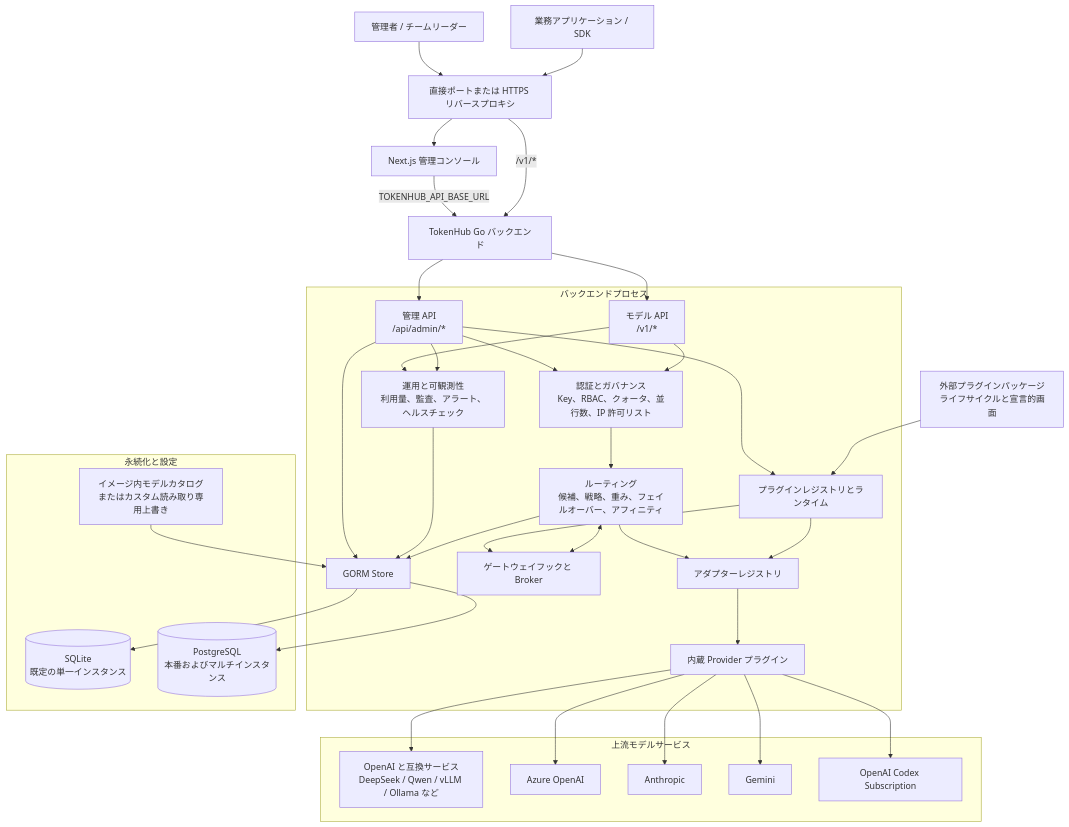
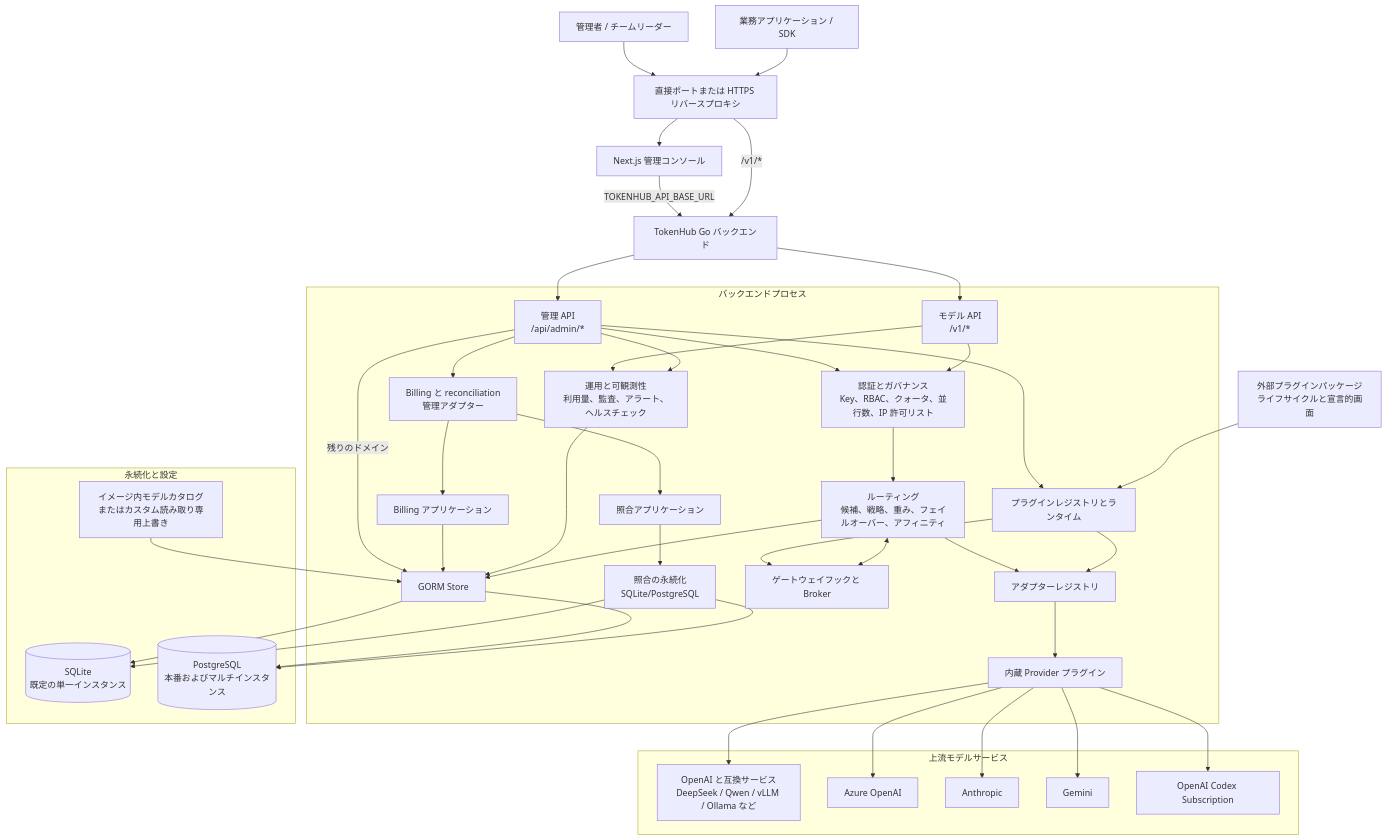
The first of 3 diagrams in docs/ja/architecture.md (astaxie/TokenHub), drawn with Mermaid before and after one commit. The commit also changed other lines of this file and 3 other files, not shown here.

Commit message:
docs(architecture): document modular boundaries and migration plan

````diff
--- a/docs/ja/architecture.md
+++ b/docs/ja/architecture.md
@@ -13,64 +13,75 @@
 ```mermaid
 flowchart TB
     admin["管理者 / チームリーダー"]
     app["業務アプリケーション / SDK"]
     ingress["直接ポートまたは HTTPS リバースプロキシ"]
     frontend["Next.js 管理コンソール"]
     backend["TokenHub Go バックエンド"]
 
     subgraph backendProcess["バックエンドプロセス"]
         adminApi["管理 API\n/api/admin/*"]
         modelApi["モデル API\n/v1/*"]
         governance["認証とガバナンス\nKey、RBAC、クォータ、並行数、IP 許可リスト"]
         routing["ルーティング\n候補、戦略、重み、フェイルオーバー、アフィニティ"]
+        adminAdapters["Billing と reconciliation\n管理アダプター"]
+        billing["Billing アプリケーション"]
+        reconciliation["照合アプリケーション"]
+        reconciliationPersistence["照合の永続化\nSQLite/PostgreSQL"]
         adapters["アダプターレジストリ"]
         builtin["内蔵 Provider プラグイン"]
         plugins["プラグインレジストリとランタイム"]
         hooks["ゲートウェイフックと Broker"]
         operations["運用と可観測性\n利用量、監査、アラート、ヘルスチェック"]
         store["GORM Store"]
 
         adminApi --> governance
-        adminApi --> store
+        adminApi -->|"残りのドメイン"| store
+        adminApi --> adminAdapters
+        adminAdapters --> billing
+        adminAdapters --> reconciliation
+        billing --> store
+        reconciliation --> reconciliationPersistence
         modelApi --> governance --> routing --> adapters
         modelApi --> operations --> store
         adminApi --> operations
         routing --> store
         adminApi --> plugins
         plugins --> adapters
         adapters --> builtin
         plugins --> hooks
         routing <--> hooks
     end
 
     packages["外部プラグインパッケージ\nライフサイクルと宣言的画面"]
     packages --> plugins
 
     subgraph persistence["永続化と設定"]
         sqlite[("SQLite\n既定の単一インスタンス")]
         postgres[("PostgreSQL\n本番およびマルチインスタンス")]
         catalog["イメージ内モデルカタログ\nまたはカスタム読み取り専用上書き"]
     end
 
     subgraph upstream["上流モデルサービス"]
         compatible["OpenAI と互換サービス\nDeepSeek / Qwen / vLLM / Ollama など"]
         azure["Azure OpenAI"]
         anthropic["Anthropic"]
         gemini["Gemini"]
         codex["OpenAI Codex Subscription"]
     end
 
     admin --> ingress --> frontend
     frontend -->|"TOKENHUB_API_BASE_URL"| backend
     app --> ingress -->|"/v1/*"| backend
     backend --> adminApi
     backend --> modelApi
     builtin --> compatible
     builtin --> azure
     builtin --> anthropic
     builtin --> gemini
     builtin --> codex
     store --> sqlite
     store --> postgres
+    reconciliationPersistence --> sqlite
+    reconciliationPersistence --> postgres
     catalog --> store
 ```
````
